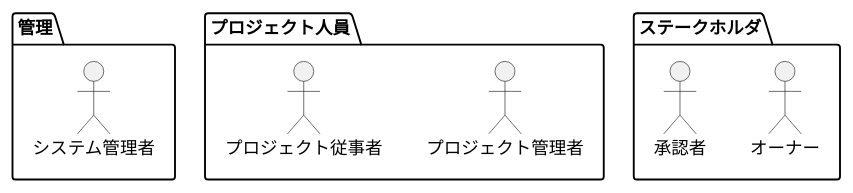
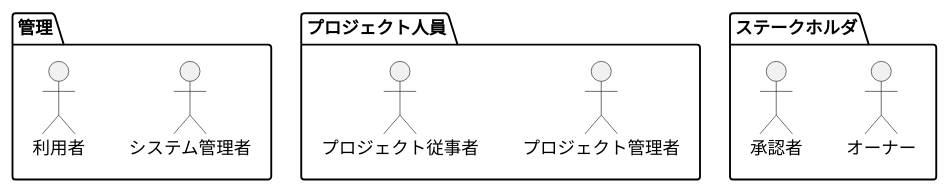
One commit to ponta-dev/pmmaster changed the diagram in design/RD/UC_0_アクター.pu. Above: the diagram before and after it, drawn with PlantUML. The commit also changed 2 other files, not shown here.

```diff
--- a/design/RD/UC_0_アクター.pu
+++ b/design/RD/UC_0_アクター.pu
@@ -1,17 +1,18 @@
 @startuml "アクター"
 
 package PK_01 as "管理" {
     actor AC_0101 as "システム管理者"
+    actor AC_0102 as "利用者"
 }
 
 package PK_02 as "プロジェクト人員" {
     actor AC_0201 as "プロジェクト管理者"
     actor AC_0202 as "プロジェクト従事者"
 }
 
 package PK_03 as "ステークホルダ" {
     actor AC_0301 as "オーナー"
     actor AC_0302 as "承認者"
 }
 
 @enduml
```
